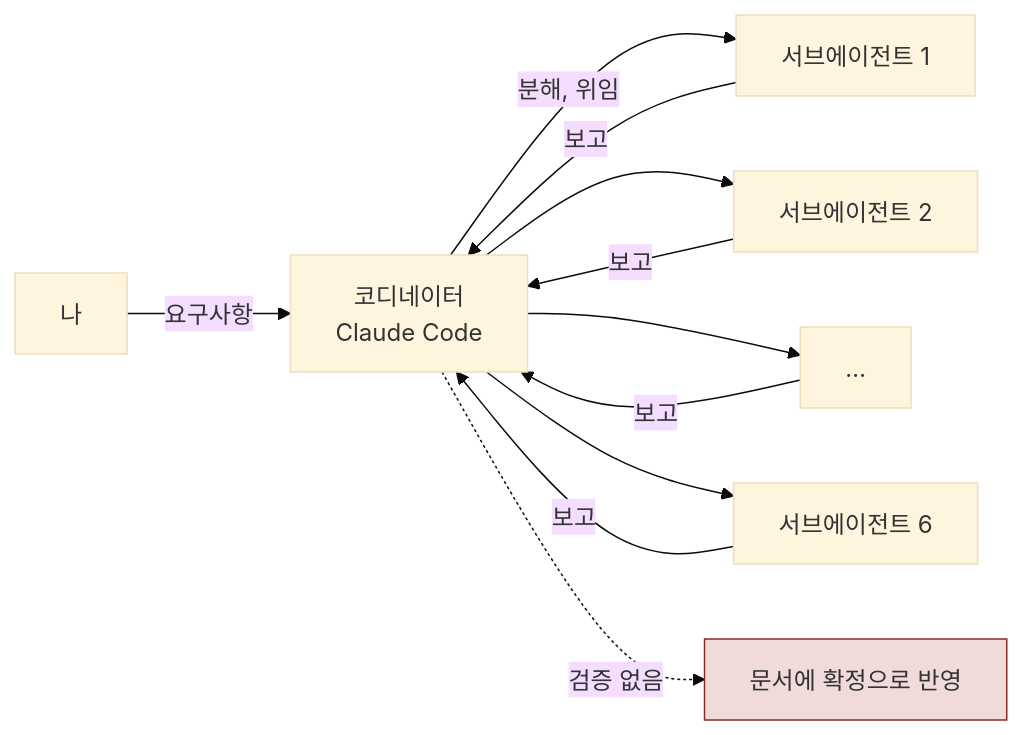
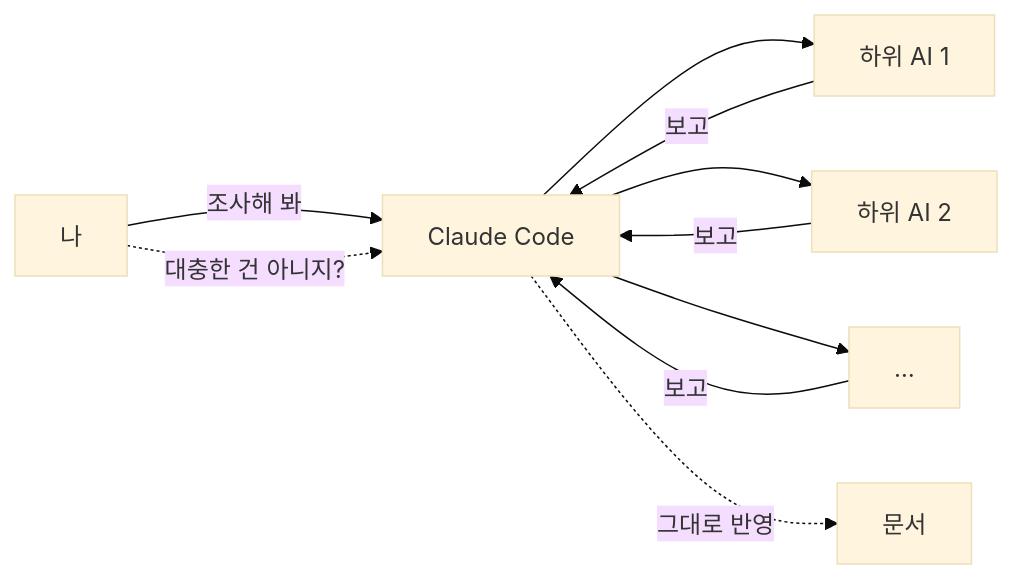
The diagram in _posts/2026-09-05-delegated-research-three-of-six-wrong.md (gary5876/portfolio), drawn with Mermaid (base theme) before and after one commit. The commit also changed other lines of this file, not shown here.

````diff
--- a/_posts/2026-09-05-delegated-research-three-of-six-wrong.md
+++ b/_posts/2026-09-05-delegated-research-three-of-six-wrong.md
@@ -21,14 +52,12 @@
 ```mermaid
 flowchart LR
-    U[나] -->|요구사항| C[코디네이터<br/>Claude Code]
-    C -->|분해, 위임| S1[서브에이전트 1]
-    C --> S2[서브에이전트 2]
-    C --> S3[…]
-    C --> S6[서브에이전트 6]
-    S1 -->|보고| C
-    S2 -->|보고| C
-    S3 -->|보고| C
-    S6 -->|보고| C
-    C -. 검증 없음 .-> D[문서에 확정으로 반영]
-    style D fill:#f0dada,stroke:#8a2b2b
+    U[나] -->|"조사해 봐"| C[Claude Code]
+    C --> A1[하위 AI 1]
+    C --> A2[하위 AI 2]
+    C --> A3[…]
+    A1 -->|보고| C
+    A2 -->|보고| C
+    A3 -->|보고| C
+    C -.->|그대로 반영| D[문서]
+    U -.->|"대충한 건 아니지?"| C
 ```
````
